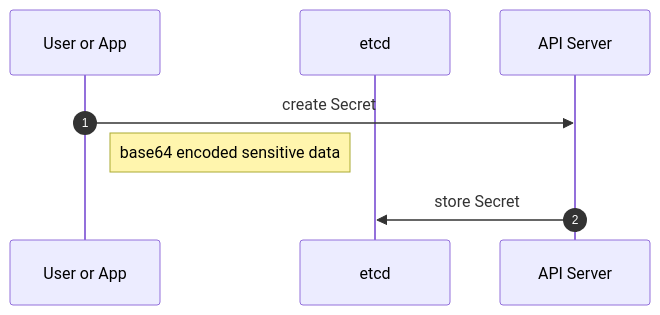
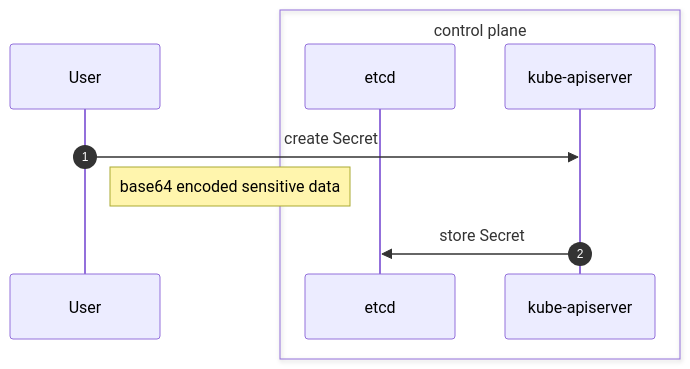
One commit to Trousseau-io/docs.trousseau.io changed the first of 4 diagrams in docs/trousseau/secretmanagement.md. Above: the diagram before and after it, drawn with Mermaid.

````diff
--- a/docs/trousseau/secretmanagement.md
+++ b/docs/trousseau/secretmanagement.md
@@ -49,10 +49,12 @@
 ```mermaid
 sequenceDiagram
-participant User or App
+participant User
+box control plane
 participant etcd
-participant API Server
+participant kube-apiserver
+end
 autonumber
-  User or App->>API Server: create Secret
-  Note right of User or App: base64 encoded sensitive data
-  API Server->>etcd: store Secret
+  User->>kube-apiserver: create Secret
+  Note right of User: base64 encoded sensitive data
+  kube-apiserver->>etcd: store Secret
 ```
````
